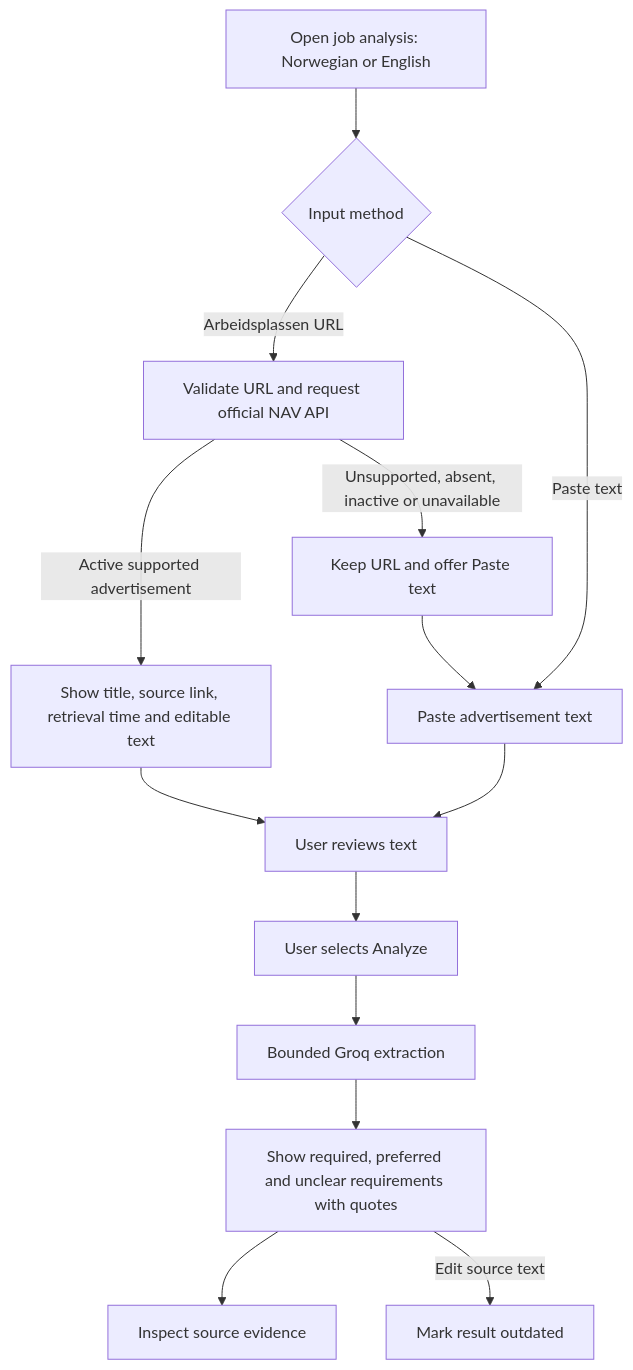
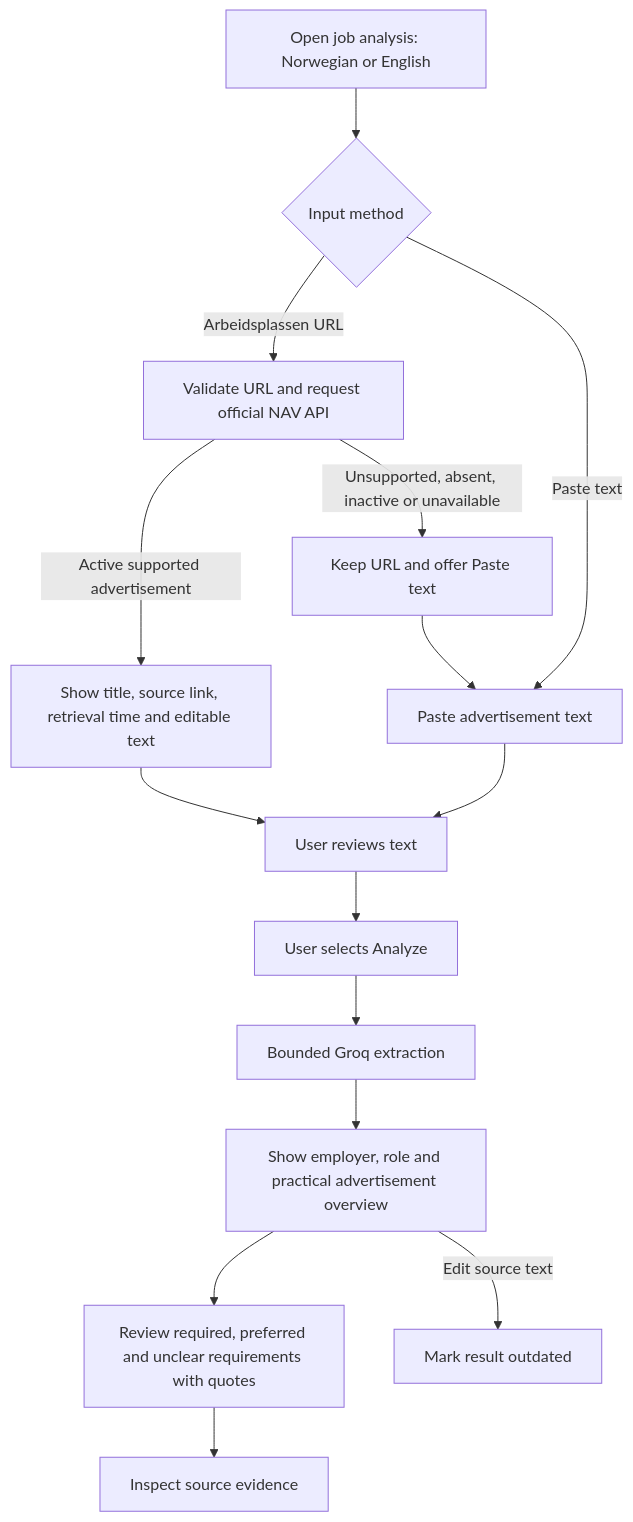
One commit to Dadogg80/career-agent- changed the fifth of 14 diagrams in USER_FLOWS.md. Above: the diagram before and after it, drawn with Mermaid. The commit also changed other lines of this file and 46 other files, not shown here.

````diff
--- a/USER_FLOWS.md
+++ b/USER_FLOWS.md
@@ -121,16 +121,17 @@
 ```mermaid
 flowchart TD
     A[Open job analysis: Norwegian or English] --> B{Input method}
     B -->|Arbeidsplassen URL| C[Validate URL and request official NAV API]
     C -->|Active supported advertisement| D[Show title, source link, retrieval time and editable text]
     C -->|Unsupported, absent, inactive or unavailable| E[Keep URL and offer Paste text]
     E --> F[Paste advertisement text]
     B -->|Paste text| F
     D --> G[User reviews text]
     F --> G
     G --> H[User selects Analyze]
     H --> I[Bounded Groq extraction]
-    I --> J[Show required, preferred and unclear requirements with quotes]
-    J --> K[Inspect source evidence]
-    J -->|Edit source text| L[Mark result outdated]
+    I --> J[Show employer, role and practical advertisement overview]
+    J --> K[Review required, preferred and unclear requirements with quotes]
+    K --> L[Inspect source evidence]
+    J -->|Edit source text| M[Mark result outdated]
 ```
````
